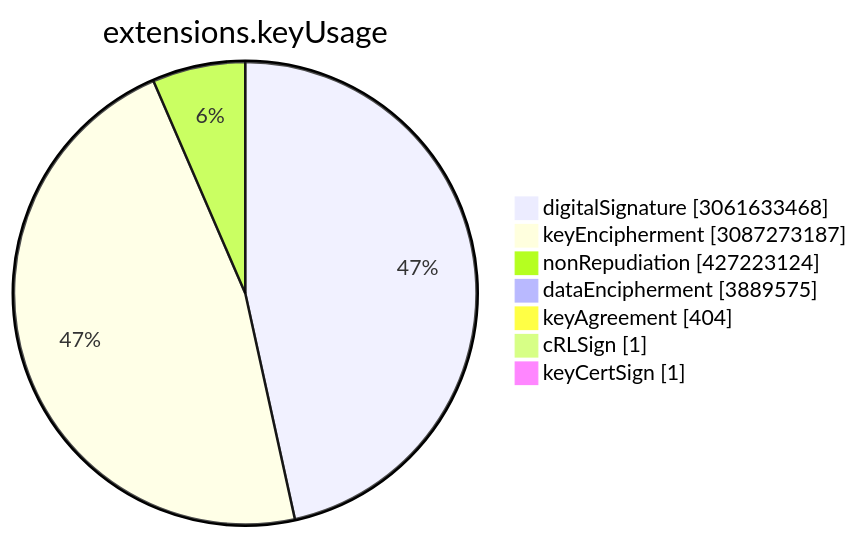
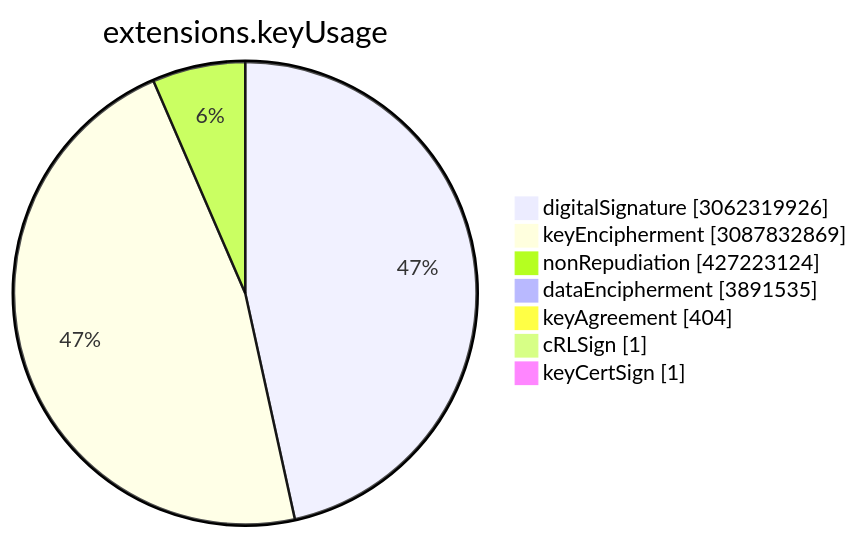
Before and after one commit to christiankrug/ctmonitor_visualization: the sixth of 15 diagrams in TOTAL/README.md, drawn with Mermaid. The commit also changed other lines of this file, not shown here.

````diff
--- a/TOTAL/README.md
+++ b/TOTAL/README.md
@@ -3077,11 +3077,11 @@
 ```mermaid
 pie showData
 title extensions.keyUsage
-"digitalSignature" :3061633468
-"keyEncipherment" :3087273187
+"digitalSignature" :3062319926
+"keyEncipherment" :3087832869
 "nonRepudiation" :427223124
-"dataEncipherment" :3889575
+"dataEncipherment" :3891535
 "keyAgreement" :404
 "cRLSign" :1
 "keyCertSign" :1
 ```
````
